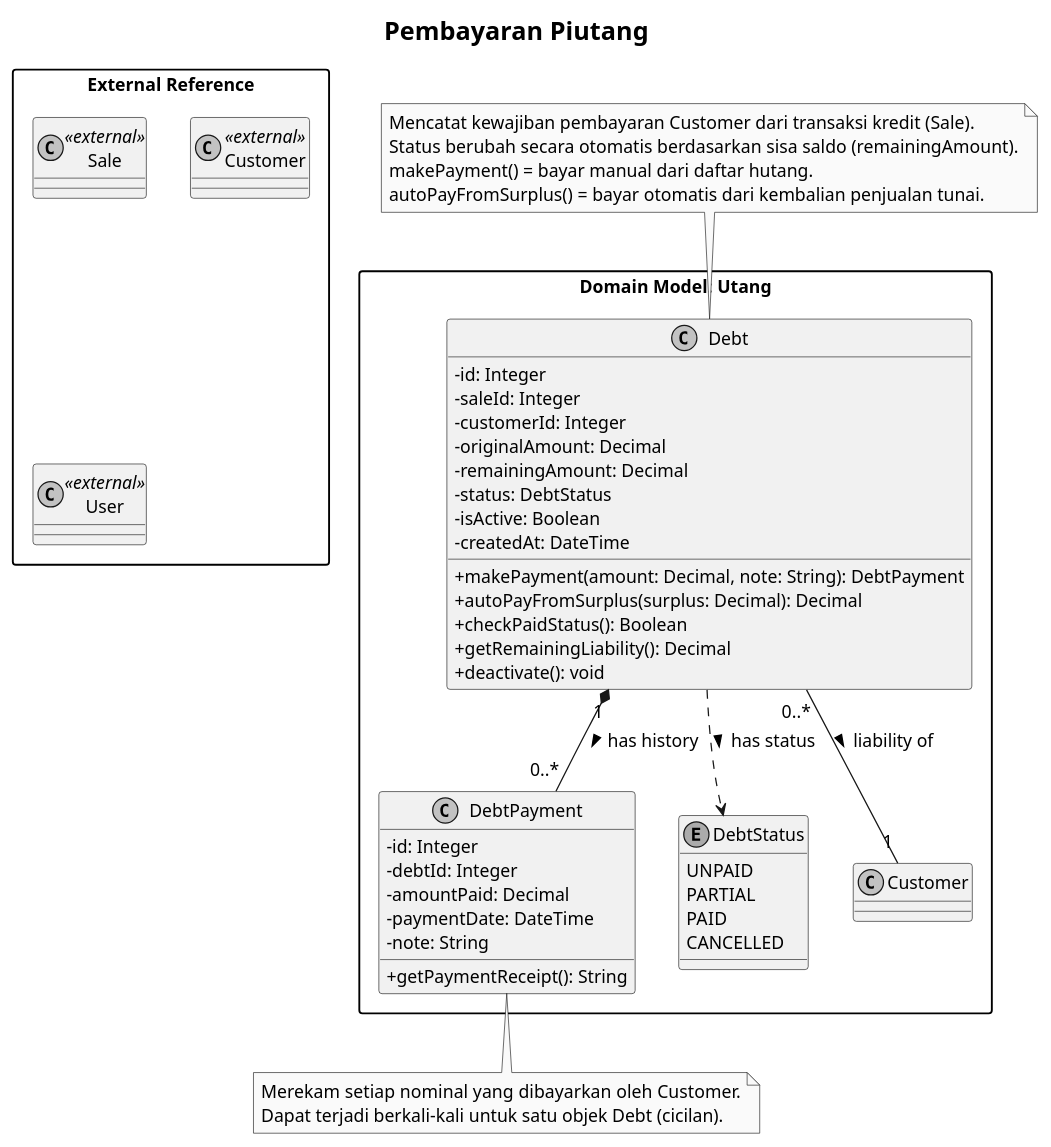
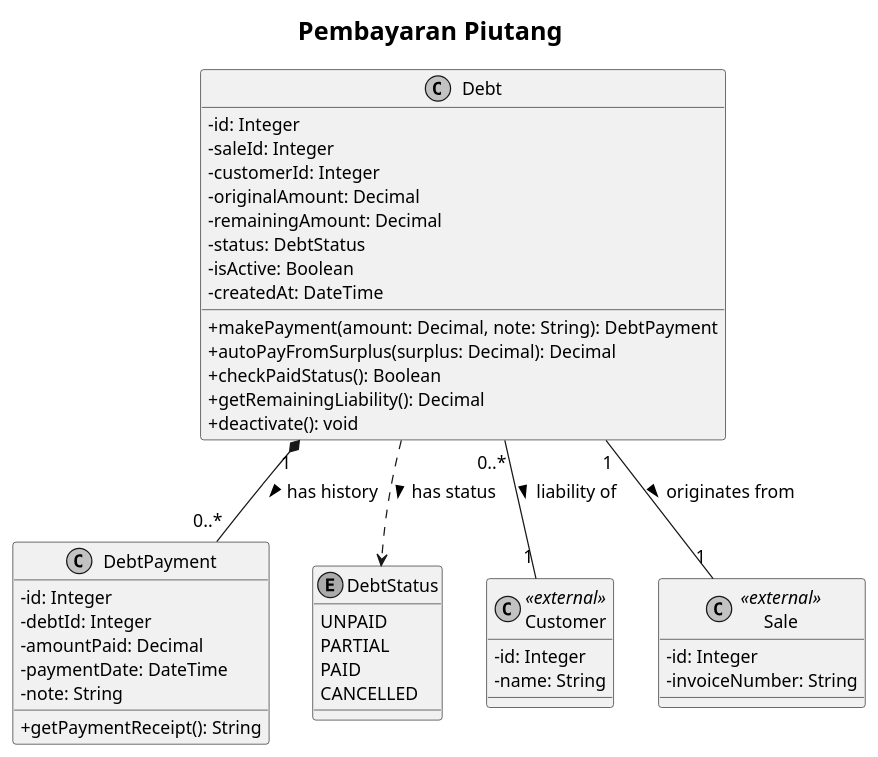
One commit to Aditiarzky/pos-app changed the diagram in docs/uml-class-module-f-debt-payment.puml. Above: the diagram before and after it, drawn with PlantUML. The commit also changed 35 other files, not shown here.

```diff
--- a/docs/uml-class-module-f-debt-payment.puml
+++ b/docs/uml-class-module-f-debt-payment.puml
@@ -1,72 +1,61 @@
 @startuml Modul_F_Pembayaran_Piutang
 
 ' Pengaturan visual agar profesional dan fungsional
 skinparam classAttributeIconSize 0
 skinparam monochrome true
 skinparam packageStyle rectangle
 skinparam shadowing false
 skinparam defaultFontName "Arial"
 skinparam defaultFontSize 14
 skinparam titleFontSize 20
 
 title Pembayaran Piutang
 
-package "Domain Model: Utang" {
     class Debt {
         - id: Integer
         - saleId: Integer
         - customerId: Integer
         - originalAmount: Decimal
         - remainingAmount: Decimal
         - status: DebtStatus
         - isActive: Boolean
         - createdAt: DateTime
         + makePayment(amount: Decimal, note: String): DebtPayment
         + autoPayFromSurplus(surplus: Decimal): Decimal
         + checkPaidStatus(): Boolean
         + getRemainingLiability(): Decimal
         + deactivate(): void
     }
 
     class DebtPayment {
         - id: Integer
         - debtId: Integer
         - amountPaid: Decimal
         - paymentDate: DateTime
         - note: String
         + getPaymentReceipt(): String
     }
 
     enum DebtStatus {
         UNPAID
         PARTIAL
         PAID
         CANCELLED
     }
 
     ' Relationships
     Debt "1" *-- "0..*" DebtPayment : has history >
     Debt ..> DebtStatus : has status >
     Debt "0..*" -- "1" Customer : liability of >
-}
+    Debt "1" -- "1" Sale : originates from >
 
-package "External Reference" {
-    class Sale <<external>>
-    class Customer <<external>>
-    class User <<external>>
-}
-
-' Catatan Fungsional
-note top of Debt
-  Mencatat kewajiban pembayaran Customer dari transaksi kredit (Sale).
-  Status berubah secara otomatis berdasarkan sisa saldo (remainingAmount).
-  makePayment() = bayar manual dari daftar hutang.
-  autoPayFromSurplus() = bayar otomatis dari kembalian penjualan tunai.
-end note
-
-note bottom of DebtPayment
-  Merekam setiap nominal yang dibayarkan oleh Customer.
-  Dapat terjadi berkali-kali untuk satu objek Debt (cicilan).
-end note
+    class Sale <<external>> {
+        - id: Integer
+        - invoiceNumber: String
+    }
+    class Customer <<external>> {
+        - id: Integer
+        - name: String
+    }
 
 @enduml
```
